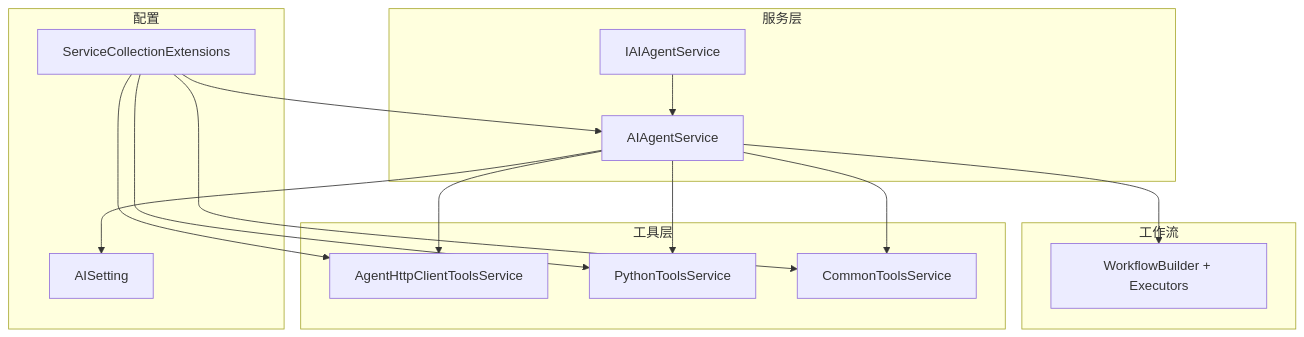
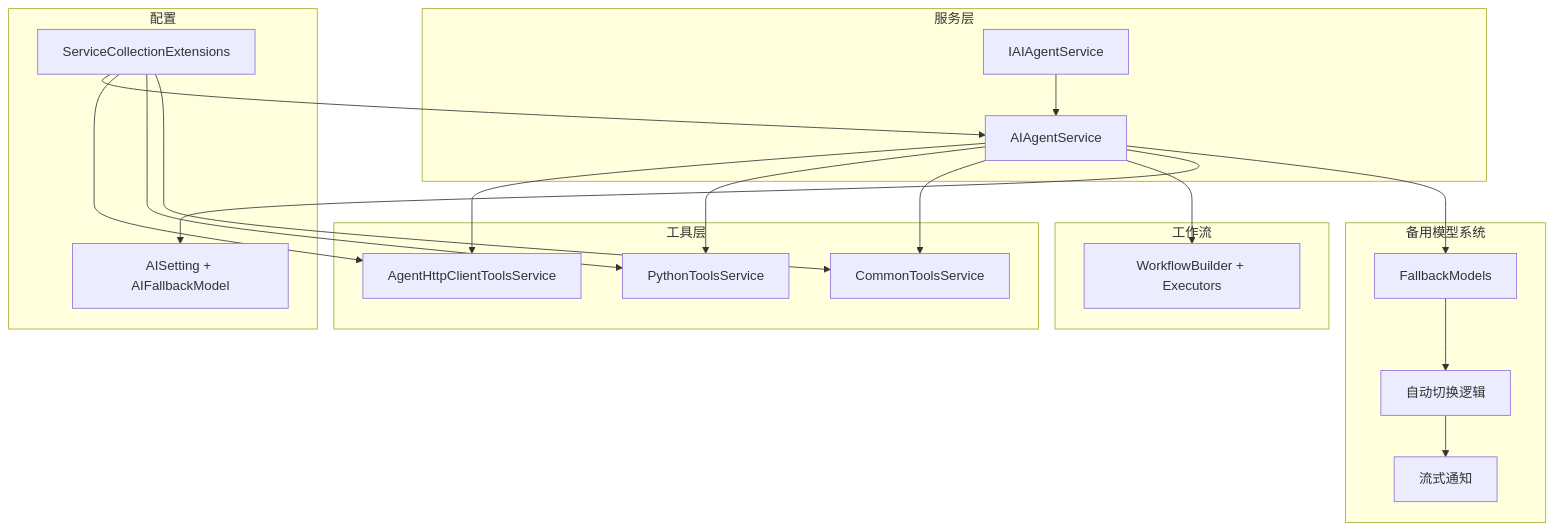
The first of 6 diagrams in .qoder/repowiki/zh/content/AI智能体/AgentFramework集成.md (junkai-li/NetCoreKevin), drawn with Mermaid before and after one commit. The commit also changed other lines of this file and 7 other files, not shown here.

````diff
--- a/.qoder/repowiki/zh/content/AI智能体/AgentFramework集成.md
+++ b/.qoder/repowiki/zh/content/AI智能体/AgentFramework集成.md
@@ -44,29 +54,37 @@
 ```mermaid
 graph TB
 subgraph "服务层"
 Svc["AIAgentService"]
 IFace["IAIAgentService"]
 end
 subgraph "工具层"
 HttpTool["AgentHttpClientToolsService"]
 PyTool["PythonToolsService"]
 CommonTool["CommonToolsService"]
 end
 subgraph "工作流"
 WF["WorkflowBuilder + Executors"]
 end
 subgraph "配置"
-Cfg["AISetting"]
+Cfg["AISetting + AIFallbackModel"]
 DI["ServiceCollectionExtensions"]
+end
+subgraph "备用模型系统"
+FB["FallbackModels"]
+AS["自动切换逻辑"]
+SN["流式通知"]
 end
 IFace --> Svc
 Svc --> HttpTool
 Svc --> PyTool
 Svc --> CommonTool
 Svc --> WF
 Svc --> Cfg
+Svc --> FB
+FB --> AS
+AS --> SN
 DI --> Svc
 DI --> HttpTool
 DI --> PyTool
 DI --> CommonTool
 ```
````
